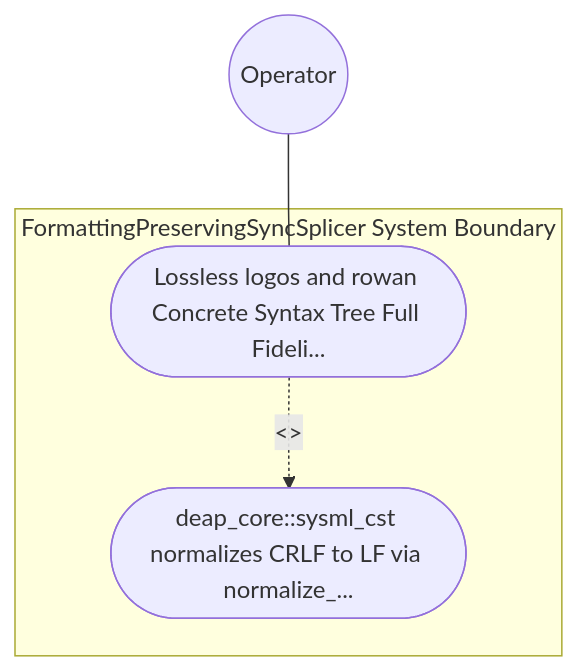
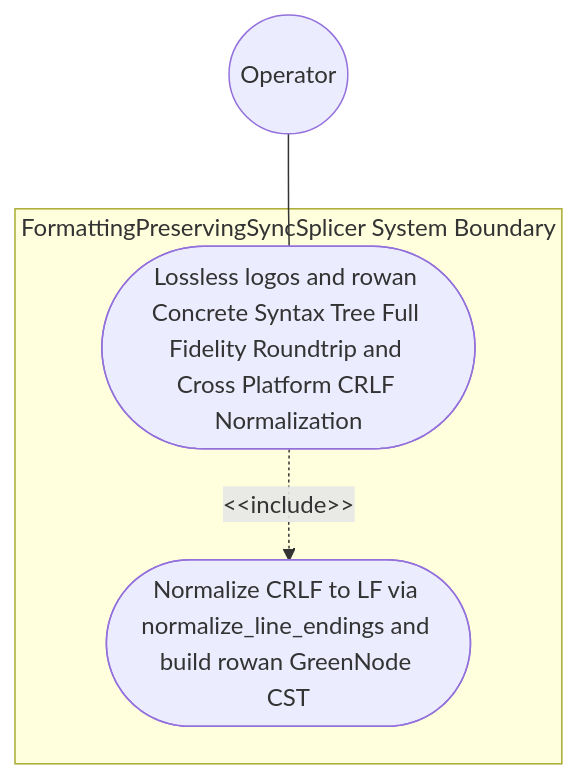
One commit to gintatkinson/DEAP01-spec-core changed the diagram in .pipeline/upstream/docs/use-cases/UC-52-Lossless_logos_and_rowan_Concrete_Syntax_Tree_Full_Fidelity_Roundtrip_and_Cross_Platform_CRLF_Normalization.md. Above: the diagram before and after it, drawn with Mermaid. The commit also changed other lines of this file and 225 other files, not shown here.

````diff
--- a/.pipeline/upstream/docs/use-cases/UC-52-Lossless_logos_and_rowan_Concrete_Syntax_Tree_Full_Fidelity_Roundtrip_and_Cross_Platform_CRLF_Normalization.md
+++ b/.pipeline/upstream/docs/use-cases/UC-52-Lossless_logos_and_rowan_Concrete_Syntax_Tree_Full_Fidelity_Roundtrip_and_Cross_Platform_CRLF_Normalization.md
@@ -16,9 +16,9 @@
 ```mermaid
 graph TD
     subgraph "FormattingPreservingSyncSplicer System Boundary"
-        UC_Main(["Lossless logos and rowan Concrete Syntax Tree Full Fideli..."])
-        UC_Step01(["deap_core::sysml_cst normalizes CRLF to LF via normalize_..."])
+        UC_Main(["Lossless logos and rowan Concrete Syntax Tree Full Fidelity Roundtrip and Cross Platform CRLF Normalization"])
+        UC_Step01(["Normalize CRLF to LF via normalize_line_endings and build rowan GreenNode CST"])
     end
     Operator(("Operator")) --- UC_Main
-    UC_Main -. "<<include>>" .-> UC_Step01
+    UC_Main -. "&lt;&lt;include&gt;&gt;" .-> UC_Step01
 ```
````
